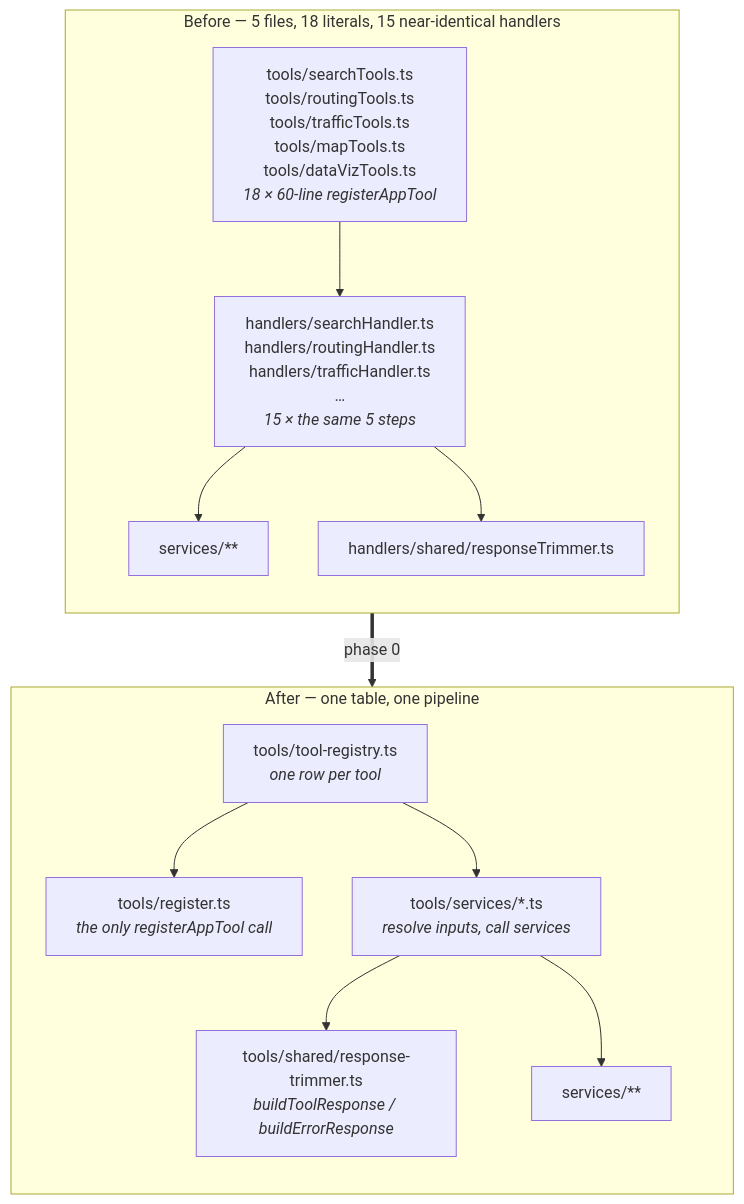
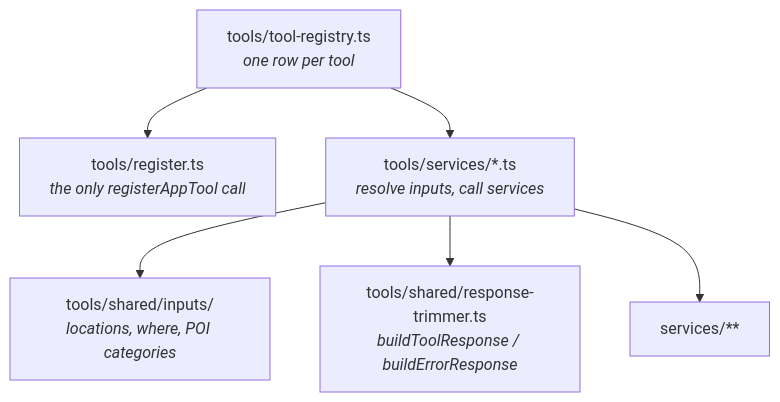
Before and after one commit to tomtom-international/tomtom-maps-mcp: the fourth of 5 diagrams in docs/tools-architecture.md, drawn with Mermaid. The commit also changed other lines of this file and 14 other files, not shown here.

````diff
--- a/docs/tools-architecture.md
+++ b/docs/tools-architecture.md
@@ -141,27 +125,14 @@
 ```mermaid
 flowchart TB
-  subgraph BEFORE["Before — 5 files, 18 literals, 15 near-identical handlers"]
-    direction TB
-    B1["tools/searchTools.ts<br/>tools/routingTools.ts<br/>tools/trafficTools.ts<br/>tools/mapTools.ts<br/>tools/dataVizTools.ts<br/><i>18 × 60-line registerAppTool</i>"]
-    B2["handlers/searchHandler.ts<br/>handlers/routingHandler.ts<br/>handlers/trafficHandler.ts<br/>…<br/><i>15 × the same 5 steps</i>"]
-    B3["services/**"]
-    B4["handlers/shared/responseTrimmer.ts"]
-    B1 --> B2 --> B3
-    B2 --> B4
-  end
-
-  subgraph AFTER["After — one table, one pipeline"]
-    direction TB
-    A1["tools/tool-registry.ts<br/><i>one row per tool</i>"]
-    A2["tools/register.ts<br/><i>the only registerAppTool call</i>"]
-    A3["tools/shared/response-trimmer.ts<br/><i>buildToolResponse / buildErrorResponse</i>"]
-    A4["tools/services/*.ts<br/><i>resolve inputs, call services</i>"]
-    A5["services/**"]
-    A1 --> A2
-    A1 --> A4
-    A4 --> A3
-    A4 --> A5
-  end
-
-  BEFORE ==>|"phase 0"| AFTER
+  A1["tools/tool-registry.ts<br/><i>one row per tool</i>"]
+  A2["tools/register.ts<br/><i>the only registerAppTool call</i>"]
+  A3["tools/shared/response-trimmer.ts<br/><i>buildToolResponse / buildErrorResponse</i>"]
+  A4["tools/services/*.ts<br/><i>resolve inputs, call services</i>"]
+  A6["tools/shared/inputs/<br/><i>locations, where, POI categories</i>"]
+  A5["services/**"]
+  A1 --> A2
+  A1 --> A4
+  A4 --> A6
+  A4 --> A3
+  A4 --> A5
 ```
````
